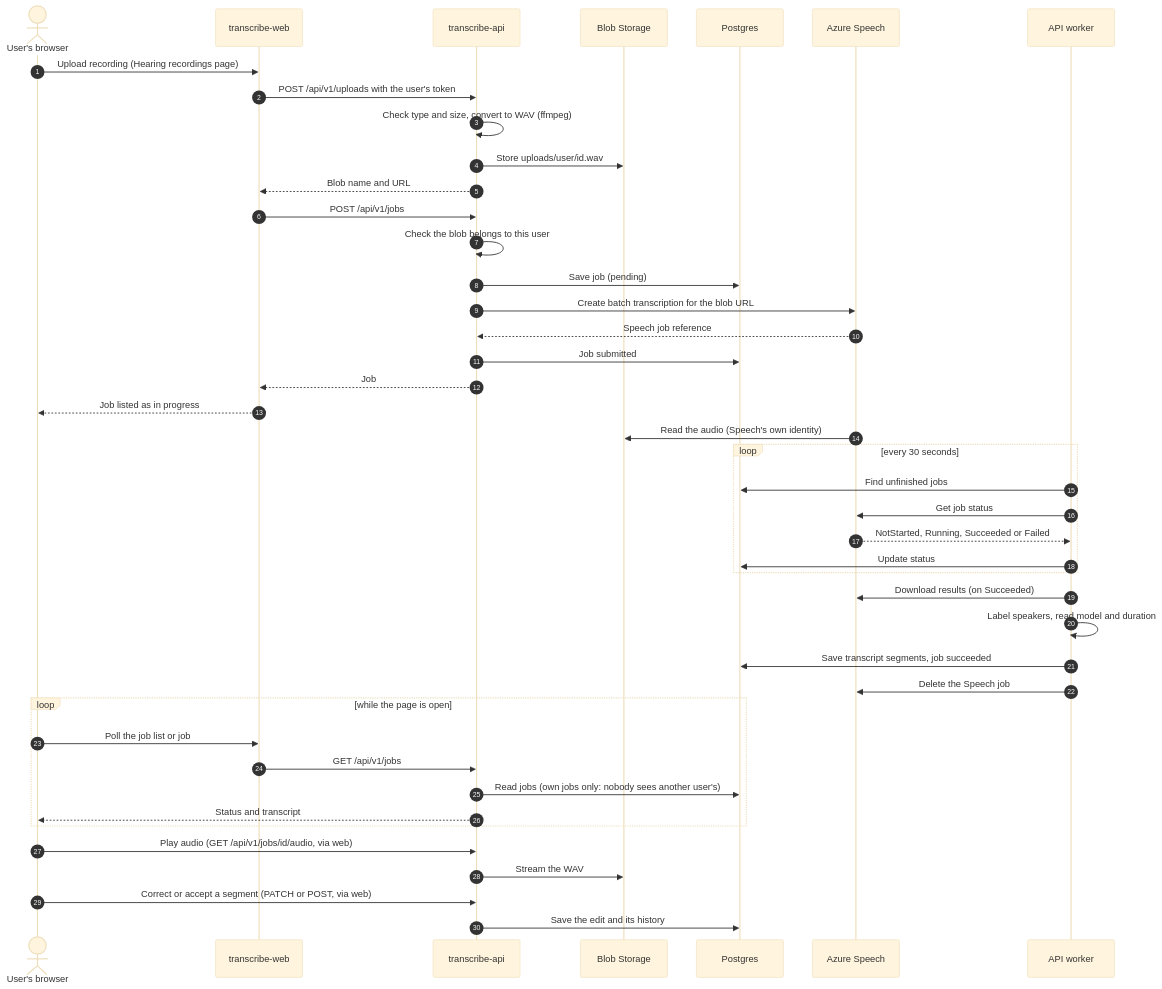
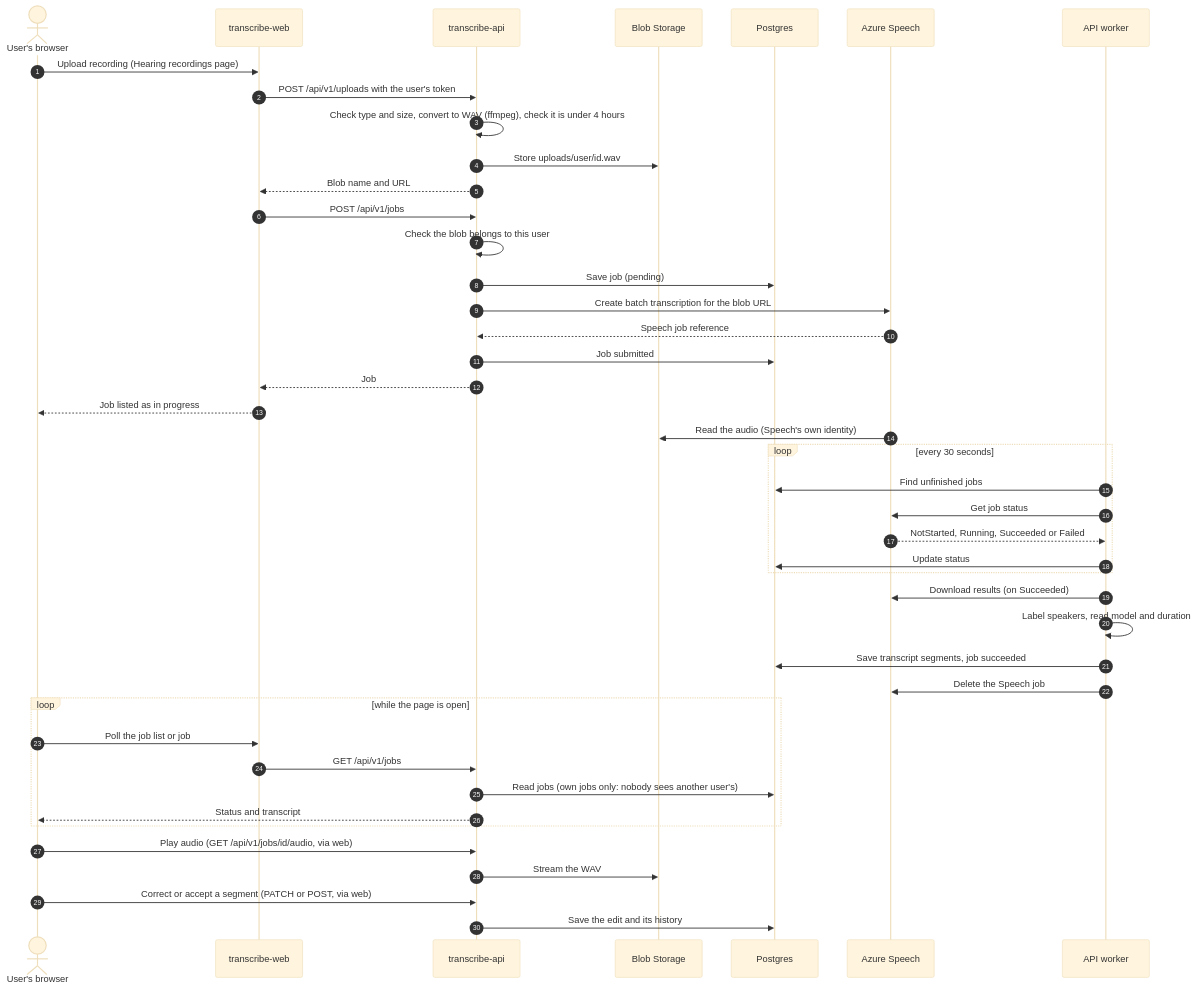
The fifth of 10 diagrams in docs/architecture/README.md (hmcts/transcribe-api), drawn with Mermaid (base theme) before and after one commit. The commit also changed other lines of this file and 7 other files, not shown here.

````diff
--- a/docs/architecture/README.md
+++ b/docs/architecture/README.md
@@ -294,48 +297,48 @@
 ```mermaid
 sequenceDiagram
   autonumber
   actor U as User's browser
   participant W as transcribe-web
   participant A as transcribe-api
   participant B as Blob Storage
   participant D as Postgres
   participant S as Azure Speech
   participant K as API worker
 
   U->>W: Upload recording (Hearing recordings page)
   W->>A: POST /api/v1/uploads with the user's token
-  A->>A: Check type and size, convert to WAV (ffmpeg)
+  A->>A: Check type and size, convert to WAV (ffmpeg), check it is under 4 hours
   A->>B: Store uploads/user/id.wav
   A-->>W: Blob name and URL
   W->>A: POST /api/v1/jobs
   A->>A: Check the blob belongs to this user
   A->>D: Save job (pending)
   A->>S: Create batch transcription for the blob URL
   S-->>A: Speech job reference
   A->>D: Job submitted
   A-->>W: Job
   W-->>U: Job listed as in progress
 
   S->>B: Read the audio (Speech's own identity)
   loop every 30 seconds
     K->>D: Find unfinished jobs
     K->>S: Get job status
     S-->>K: NotStarted, Running, Succeeded or Failed
     K->>D: Update status
   end
   K->>S: Download results (on Succeeded)
   K->>K: Label speakers, read model and duration
   K->>D: Save transcript segments, job succeeded
   K->>S: Delete the Speech job
 
   loop while the page is open
     U->>W: Poll the job list or job
     W->>A: GET /api/v1/jobs
     A->>D: Read jobs (own jobs only: nobody sees another user's)
     A-->>U: Status and transcript
   end
   U->>A: Play audio (GET /api/v1/jobs/id/audio, via web)
   A->>B: Stream the WAV
   U->>A: Correct or accept a segment (PATCH or POST, via web)
   A->>D: Save the edit and its history
 ```
````
